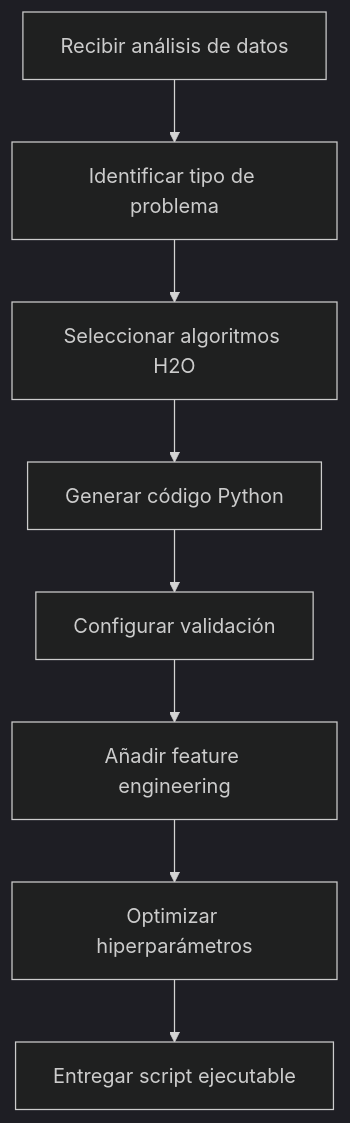
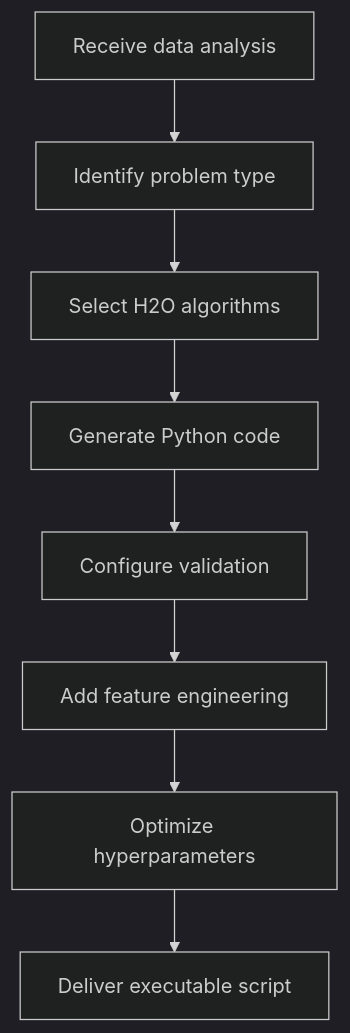
One commit to davidmonterocrespo24/Agents2ML changed the diagram in docs/agents/model_builder_agent.md. Above: the diagram before and after it, drawn with Mermaid (dark theme). The commit also changed other lines of this file and 13 other files, not shown here.

````diff
--- a/docs/agents/model_builder_agent.md
+++ b/docs/agents/model_builder_agent.md
@@ -59,10 +59,10 @@
 ```mermaid
 flowchart TD
-    A[Recibir análisis de datos] --> B[Identificar tipo de problema]
-    B --> C[Seleccionar algoritmos H2O]
-    C --> D[Generar código Python]
-    D --> E[Configurar validación]
-    E --> F[Añadir feature engineering]
-    F --> G[Optimizar hiperparámetros]
-    G --> H[Entregar script ejecutable]
+    A[Receive data analysis] --> B[Identify problem type]
+    B --> C[Select H2O algorithms]
+    C --> D[Generate Python code]
+    D --> E[Configure validation]
+    E --> F[Add feature engineering]
+    F --> G[Optimize hyperparameters]
+    G --> H[Deliver executable script]
 ```
````
